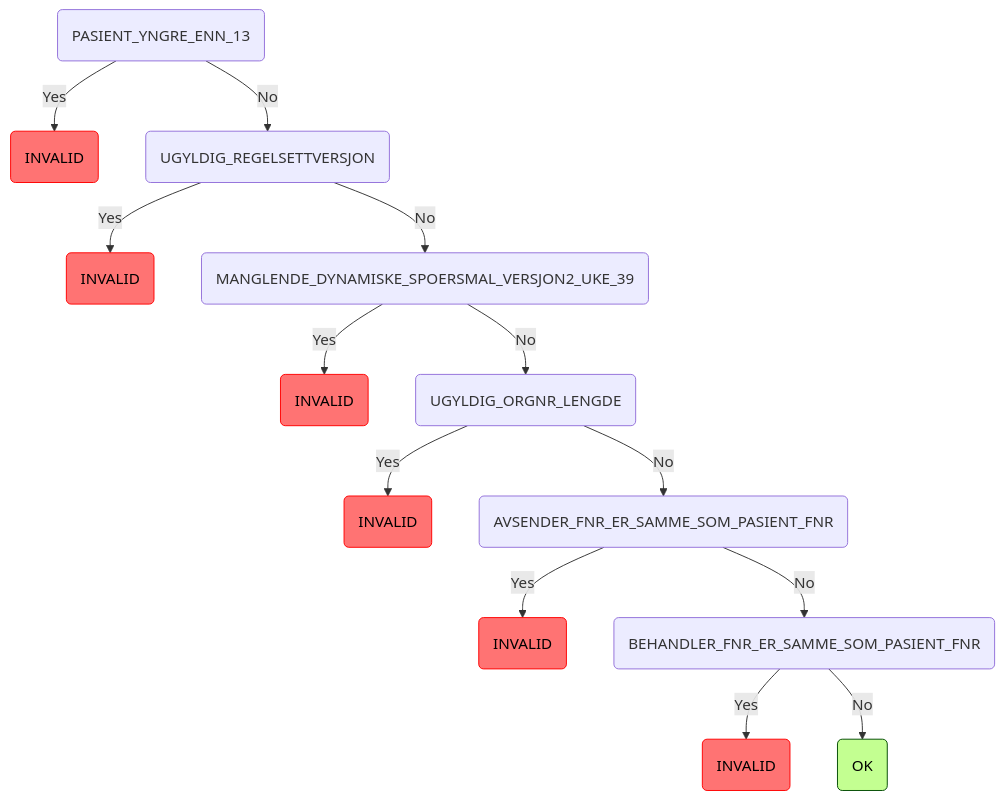
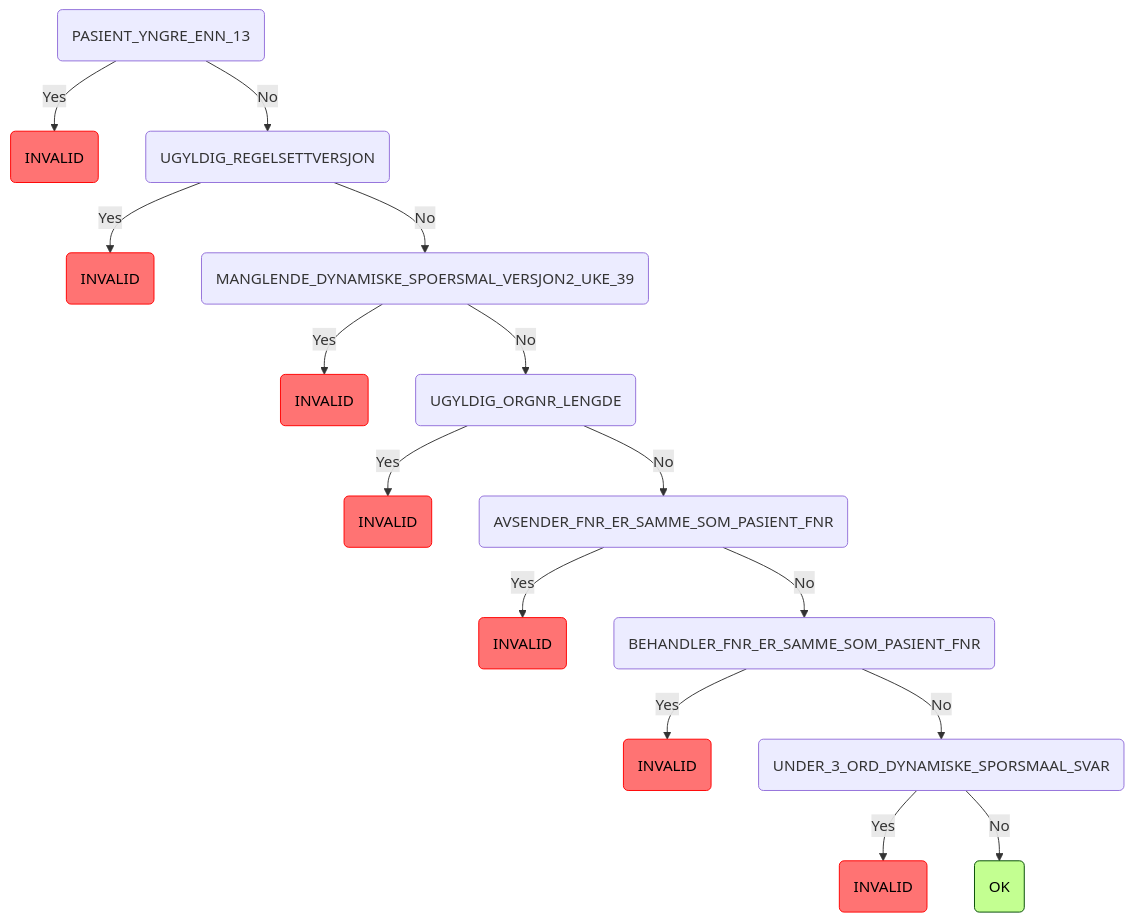
The fifth of 9 diagrams in README.md (navikt/syfosmregler), drawn with Mermaid before and after one commit. The commit also changed 4 other files, not shown here.

Commit message:
Added in unit tests for rulehit UNDER_3_ORD_DYNAMISKE_SPORSMAAL_SVAR

````diff
--- a/README.md
+++ b/README.md
@@ -158,18 +158,20 @@
 ```mermaid
 graph TD
     root(PASIENT_YNGRE_ENN_13) -->|Yes| root_PASIENT_YNGRE_ENN_13_INVALID(INVALID):::invalid
     root(PASIENT_YNGRE_ENN_13) -->|No| root_PASIENT_YNGRE_ENN_13_UGYLDIG_REGELSETTVERSJON(UGYLDIG_REGELSETTVERSJON)
     root_PASIENT_YNGRE_ENN_13_UGYLDIG_REGELSETTVERSJON(UGYLDIG_REGELSETTVERSJON) -->|Yes| root_PASIENT_YNGRE_ENN_13_UGYLDIG_REGELSETTVERSJON_INVALID(INVALID):::invalid
     root_PASIENT_YNGRE_ENN_13_UGYLDIG_REGELSETTVERSJON(UGYLDIG_REGELSETTVERSJON) -->|No| root_PASIENT_YNGRE_ENN_13_UGYLDIG_REGELSETTVERSJON_MANGLENDE_DYNAMISKE_SPOERSMAL_VERSJON2_UKE_39(MANGLENDE_DYNAMISKE_SPOERSMAL_VERSJON2_UKE_39)
     root_PASIENT_YNGRE_ENN_13_UGYLDIG_REGELSETTVERSJON_MANGLENDE_DYNAMISKE_SPOERSMAL_VERSJON2_UKE_39(MANGLENDE_DYNAMISKE_SPOERSMAL_VERSJON2_UKE_39) -->|Yes| root_PASIENT_YNGRE_ENN_13_UGYLDIG_REGELSETTVERSJON_MANGLENDE_DYNAMISKE_SPOERSMAL_VERSJON2_UKE_39_INVALID(INVALID):::invalid
     root_PASIENT_YNGRE_ENN_13_UGYLDIG_REGELSETTVERSJON_MANGLENDE_DYNAMISKE_SPOERSMAL_VERSJON2_UKE_39(MANGLENDE_DYNAMISKE_SPOERSMAL_VERSJON2_UKE_39) -->|No| root_PASIENT_YNGRE_ENN_13_UGYLDIG_REGELSETTVERSJON_MANGLENDE_DYNAMISKE_SPOERSMAL_VERSJON2_UKE_39_UGYLDIG_ORGNR_LENGDE(UGYLDIG_ORGNR_LENGDE)
     root_PASIENT_YNGRE_ENN_13_UGYLDIG_REGELSETTVERSJON_MANGLENDE_DYNAMISKE_SPOERSMAL_VERSJON2_UKE_39_UGYLDIG_ORGNR_LENGDE(UGYLDIG_ORGNR_LENGDE) -->|Yes| root_PASIENT_YNGRE_ENN_13_UGYLDIG_REGELSETTVERSJON_MANGLENDE_DYNAMISKE_SPOERSMAL_VERSJON2_UKE_39_UGYLDIG_ORGNR_LENGDE_INVALID(INVALID):::invalid
     root_PASIENT_YNGRE_ENN_13_UGYLDIG_REGELSETTVERSJON_MANGLENDE_DYNAMISKE_SPOERSMAL_VERSJON2_UKE_39_UGYLDIG_ORGNR_LENGDE(UGYLDIG_ORGNR_LENGDE) -->|No| root_PASIENT_YNGRE_ENN_13_UGYLDIG_REGELSETTVERSJON_MANGLENDE_DYNAMISKE_SPOERSMAL_VERSJON2_UKE_39_UGYLDIG_ORGNR_LENGDE_AVSENDER_FNR_ER_SAMME_SOM_PASIENT_FNR(AVSENDER_FNR_ER_SAMME_SOM_PASIENT_FNR)
     root_PASIENT_YNGRE_ENN_13_UGYLDIG_REGELSETTVERSJON_MANGLENDE_DYNAMISKE_SPOERSMAL_VERSJON2_UKE_39_UGYLDIG_ORGNR_LENGDE_AVSENDER_FNR_ER_SAMME_SOM_PASIENT_FNR(AVSENDER_FNR_ER_SAMME_SOM_PASIENT_FNR) -->|Yes| root_PASIENT_YNGRE_ENN_13_UGYLDIG_REGELSETTVERSJON_MANGLENDE_DYNAMISKE_SPOERSMAL_VERSJON2_UKE_39_UGYLDIG_ORGNR_LENGDE_AVSENDER_FNR_ER_SAMME_SOM_PASIENT_FNR_INVALID(INVALID):::invalid
     root_PASIENT_YNGRE_ENN_13_UGYLDIG_REGELSETTVERSJON_MANGLENDE_DYNAMISKE_SPOERSMAL_VERSJON2_UKE_39_UGYLDIG_ORGNR_LENGDE_AVSENDER_FNR_ER_SAMME_SOM_PASIENT_FNR(AVSENDER_FNR_ER_SAMME_SOM_PASIENT_FNR) -->|No| root_PASIENT_YNGRE_ENN_13_UGYLDIG_REGELSETTVERSJON_MANGLENDE_DYNAMISKE_SPOERSMAL_VERSJON2_UKE_39_UGYLDIG_ORGNR_LENGDE_AVSENDER_FNR_ER_SAMME_SOM_PASIENT_FNR_BEHANDLER_FNR_ER_SAMME_SOM_PASIENT_FNR(BEHANDLER_FNR_ER_SAMME_SOM_PASIENT_FNR)
     root_PASIENT_YNGRE_ENN_13_UGYLDIG_REGELSETTVERSJON_MANGLENDE_DYNAMISKE_SPOERSMAL_VERSJON2_UKE_39_UGYLDIG_ORGNR_LENGDE_AVSENDER_FNR_ER_SAMME_SOM_PASIENT_FNR_BEHANDLER_FNR_ER_SAMME_SOM_PASIENT_FNR(BEHANDLER_FNR_ER_SAMME_SOM_PASIENT_FNR) -->|Yes| root_PASIENT_YNGRE_ENN_13_UGYLDIG_REGELSETTVERSJON_MANGLENDE_DYNAMISKE_SPOERSMAL_VERSJON2_UKE_39_UGYLDIG_ORGNR_LENGDE_AVSENDER_FNR_ER_SAMME_SOM_PASIENT_FNR_BEHANDLER_FNR_ER_SAMME_SOM_PASIENT_FNR_INVALID(INVALID):::invalid
-    root_PASIENT_YNGRE_ENN_13_UGYLDIG_REGELSETTVERSJON_MANGLENDE_DYNAMISKE_SPOERSMAL_VERSJON2_UKE_39_UGYLDIG_ORGNR_LENGDE_AVSENDER_FNR_ER_SAMME_SOM_PASIENT_FNR_BEHANDLER_FNR_ER_SAMME_SOM_PASIENT_FNR(BEHANDLER_FNR_ER_SAMME_SOM_PASIENT_FNR) -->|No| root_PASIENT_YNGRE_ENN_13_UGYLDIG_REGELSETTVERSJON_MANGLENDE_DYNAMISKE_SPOERSMAL_VERSJON2_UKE_39_UGYLDIG_ORGNR_LENGDE_AVSENDER_FNR_ER_SAMME_SOM_PASIENT_FNR_BEHANDLER_FNR_ER_SAMME_SOM_PASIENT_FNR_OK(OK):::ok
+    root_PASIENT_YNGRE_ENN_13_UGYLDIG_REGELSETTVERSJON_MANGLENDE_DYNAMISKE_SPOERSMAL_VERSJON2_UKE_39_UGYLDIG_ORGNR_LENGDE_AVSENDER_FNR_ER_SAMME_SOM_PASIENT_FNR_BEHANDLER_FNR_ER_SAMME_SOM_PASIENT_FNR(BEHANDLER_FNR_ER_SAMME_SOM_PASIENT_FNR) -->|No| root_PASIENT_YNGRE_ENN_13_UGYLDIG_REGELSETTVERSJON_MANGLENDE_DYNAMISKE_SPOERSMAL_VERSJON2_UKE_39_UGYLDIG_ORGNR_LENGDE_AVSENDER_FNR_ER_SAMME_SOM_PASIENT_FNR_BEHANDLER_FNR_ER_SAMME_SOM_PASIENT_FNR_UNDER_3_ORD_DYNAMISKE_SPORSMAAL_SVAR(UNDER_3_ORD_DYNAMISKE_SPORSMAAL_SVAR)
+    root_PASIENT_YNGRE_ENN_13_UGYLDIG_REGELSETTVERSJON_MANGLENDE_DYNAMISKE_SPOERSMAL_VERSJON2_UKE_39_UGYLDIG_ORGNR_LENGDE_AVSENDER_FNR_ER_SAMME_SOM_PASIENT_FNR_BEHANDLER_FNR_ER_SAMME_SOM_PASIENT_FNR_UNDER_3_ORD_DYNAMISKE_SPORSMAAL_SVAR(UNDER_3_ORD_DYNAMISKE_SPORSMAAL_SVAR) -->|Yes| root_PASIENT_YNGRE_ENN_13_UGYLDIG_REGELSETTVERSJON_MANGLENDE_DYNAMISKE_SPOERSMAL_VERSJON2_UKE_39_UGYLDIG_ORGNR_LENGDE_AVSENDER_FNR_ER_SAMME_SOM_PASIENT_FNR_BEHANDLER_FNR_ER_SAMME_SOM_PASIENT_FNR_UNDER_3_ORD_DYNAMISKE_SPORSMAAL_SVAR_INVALID(INVALID):::invalid
+    root_PASIENT_YNGRE_ENN_13_UGYLDIG_REGELSETTVERSJON_MANGLENDE_DYNAMISKE_SPOERSMAL_VERSJON2_UKE_39_UGYLDIG_ORGNR_LENGDE_AVSENDER_FNR_ER_SAMME_SOM_PASIENT_FNR_BEHANDLER_FNR_ER_SAMME_SOM_PASIENT_FNR_UNDER_3_ORD_DYNAMISKE_SPORSMAAL_SVAR(UNDER_3_ORD_DYNAMISKE_SPORSMAAL_SVAR) -->|No| root_PASIENT_YNGRE_ENN_13_UGYLDIG_REGELSETTVERSJON_MANGLENDE_DYNAMISKE_SPOERSMAL_VERSJON2_UKE_39_UGYLDIG_ORGNR_LENGDE_AVSENDER_FNR_ER_SAMME_SOM_PASIENT_FNR_BEHANDLER_FNR_ER_SAMME_SOM_PASIENT_FNR_UNDER_3_ORD_DYNAMISKE_SPORSMAAL_SVAR_OK(OK):::ok
     classDef ok fill:#c3ff91,stroke:#004a00,color: black;
     classDef invalid fill:#ff7373,stroke:#ff0000,color: black;
     classDef manuell fill:#ffe24f,stroke:#ffd500,color: #473c00;
 ```
````
